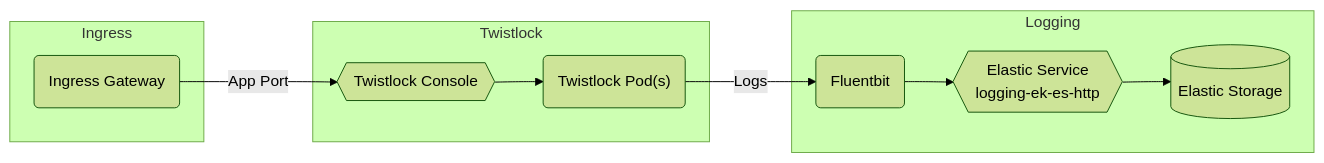
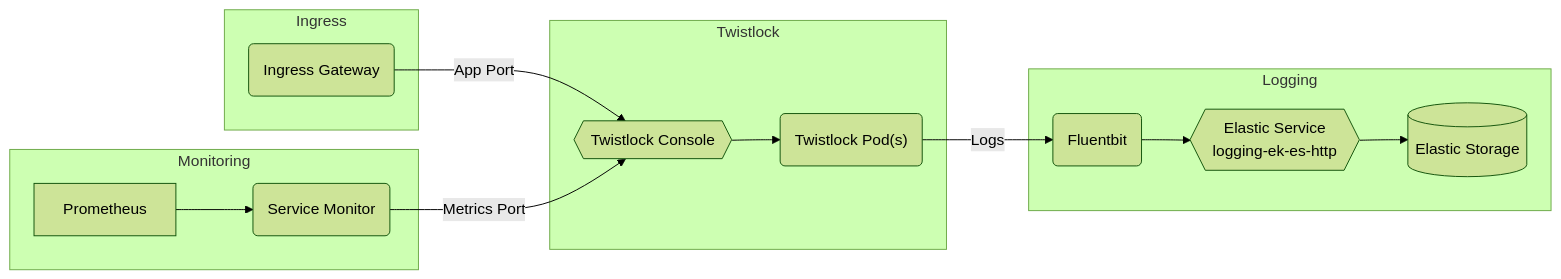
Before and after one commit to rjferguson21/big-bang: the diagram in charter/packages/twistlock/Architecture.md, drawn with Mermaid (forest theme).

Commit message:
document eck architecture

````diff
--- a/charter/packages/twistlock/Architecture.md
+++ b/charter/packages/twistlock/Architecture.md
@@ -13,16 +13,19 @@
 ```mermaid
 graph LR
   subgraph "Twistlock"
     twistlockpods("Twistlock Pod(s)")
     twistlockservice{{Twistlock Console}} --> twistlockpods("TwistlockPod(s)")
   end   
   subgraph "Ingress"
     ig(Ingress Gateway) --"App Port"--> twistlockservice
   end  
   subgraph "Logging"
     twistlockpods("Twistlock Pod(s)") --"Logs"--> fluent(Fluentbit) --> logging-ek-es-http
     logging-ek-es-http{{Elastic Service<br />logging-ek-es-http}} --> elastic[(Elastic Storage)]
   end
-  
+  subgraph "Monitoring"
+    svcmonitor("Service Monitor") --"Metrics Port"--> twistlockservice
+    Prometheus --> svcmonitor("Service Monitor")
+  end
 
 ```
````
